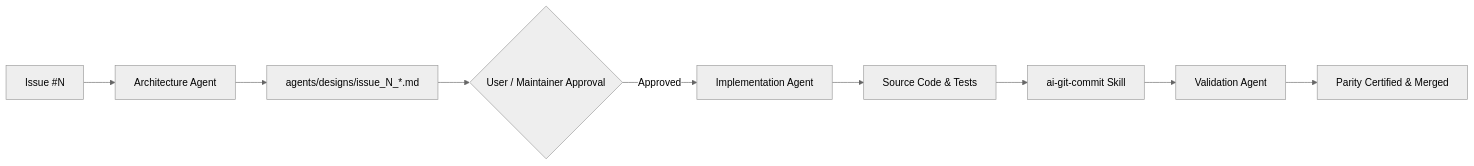
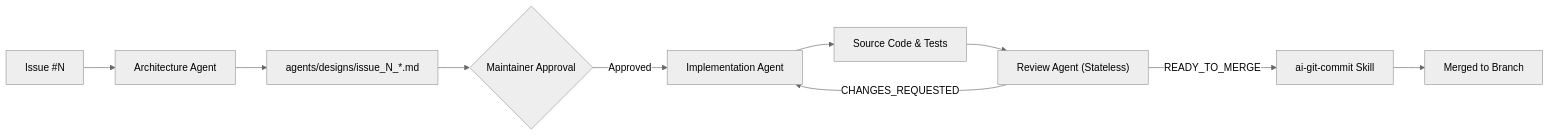
Before and after one commit to KingAlejandro/MotionCorr-standalone: the diagram in AGENTS.md, drawn with Mermaid (neutral theme). The commit also changed other lines of this file and 4 other files, not shown here.

First line of the commit message:
feat(agents): add stateless, read-only code review agent

````diff
--- a/AGENTS.md
+++ b/AGENTS.md
@@ -28,11 +30,12 @@
 ```mermaid
 flowchart LR
     Issue["Issue #N"] --> Arch["Architecture Agent"]
     Arch --> Spec["agents/designs/issue_N_*.md"]
-    Spec --> Review{"User / Maintainer Approval"}
-    Review -->|Approved| Impl["Implementation Agent"]
+    Spec --> User{"Maintainer Approval"}
+    User -->|Approved| Impl["Implementation Agent"]
     Impl --> Code["Source Code & Tests"]
-    Code --> Commit["ai-git-commit Skill"]
-    Commit --> Val["Validation Agent"]
-    Val --> Done["Parity Certified & Merged"]
+    Code --> Rev["Review Agent (Stateless)"]
+    Rev -->|READY_TO_MERGE| Commit["ai-git-commit Skill"]
+    Rev -->|CHANGES_REQUESTED| Impl
+    Commit --> Merged["Merged to Branch"]
 ```
````
